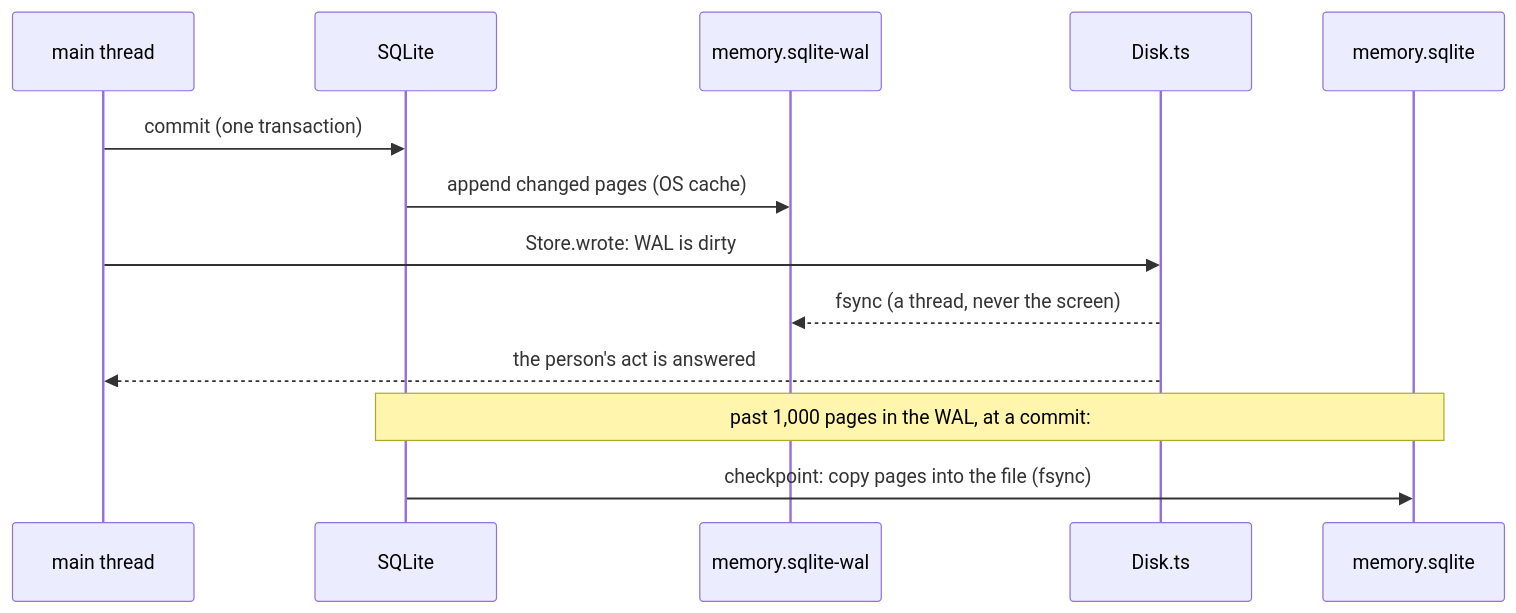
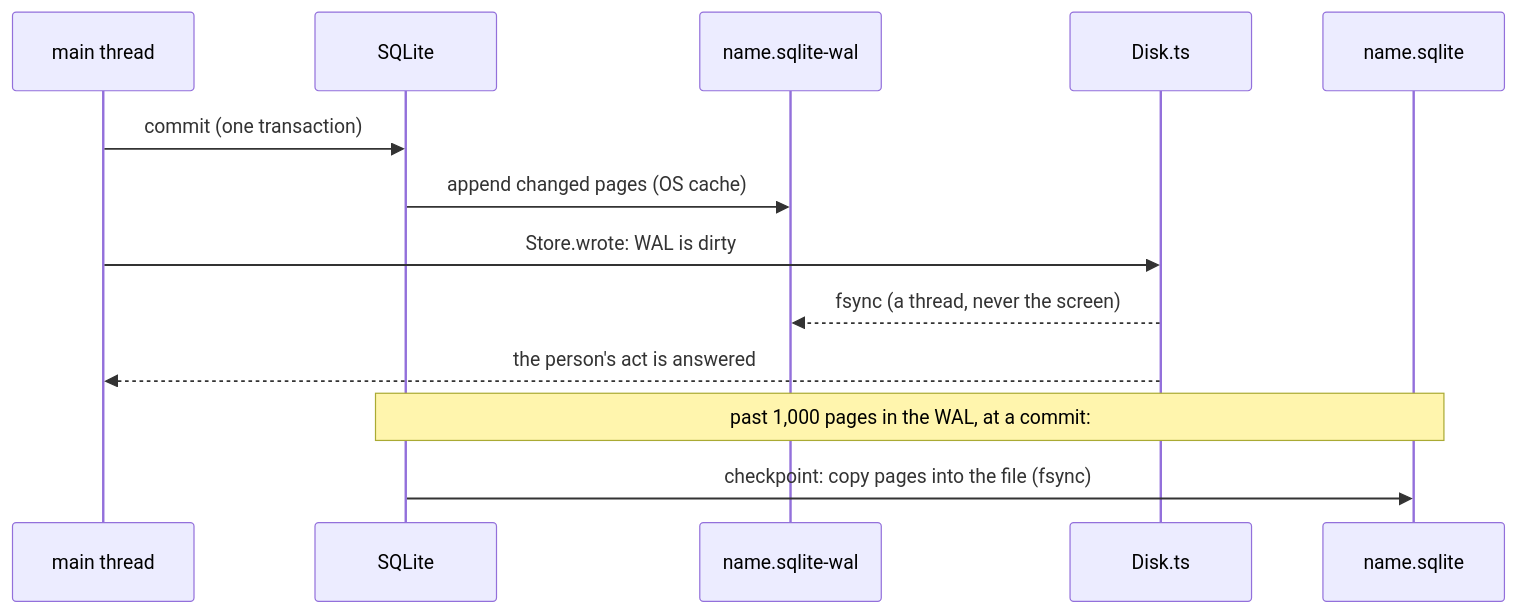
The third of 4 diagrams in docs/storage.md (4our4ace/illimitable-chat), drawn with Mermaid before and after one commit. The commit also changed other lines of this file and 16 other files, not shown here.

````diff
--- a/docs/storage.md
+++ b/docs/storage.md
@@ -293,15 +448,15 @@
 ```mermaid
 sequenceDiagram
   participant M as main thread
   participant S as SQLite
-  participant W as memory.sqlite-wal
+  participant W as name.sqlite-wal
   participant D as Disk.ts
-  participant F as memory.sqlite
+  participant F as name.sqlite
   M->>S: commit (one transaction)
   S->>W: append changed pages (OS cache)
   M->>D: Store.wrote: WAL is dirty
   D-->>W: fsync (a thread, never the screen)
   D-->>M: the person's act is answered
   Note over S,F: past 1,000 pages in the WAL, at a commit:
   S->>F: checkpoint: copy pages into the file (fsync)
 ```
````
